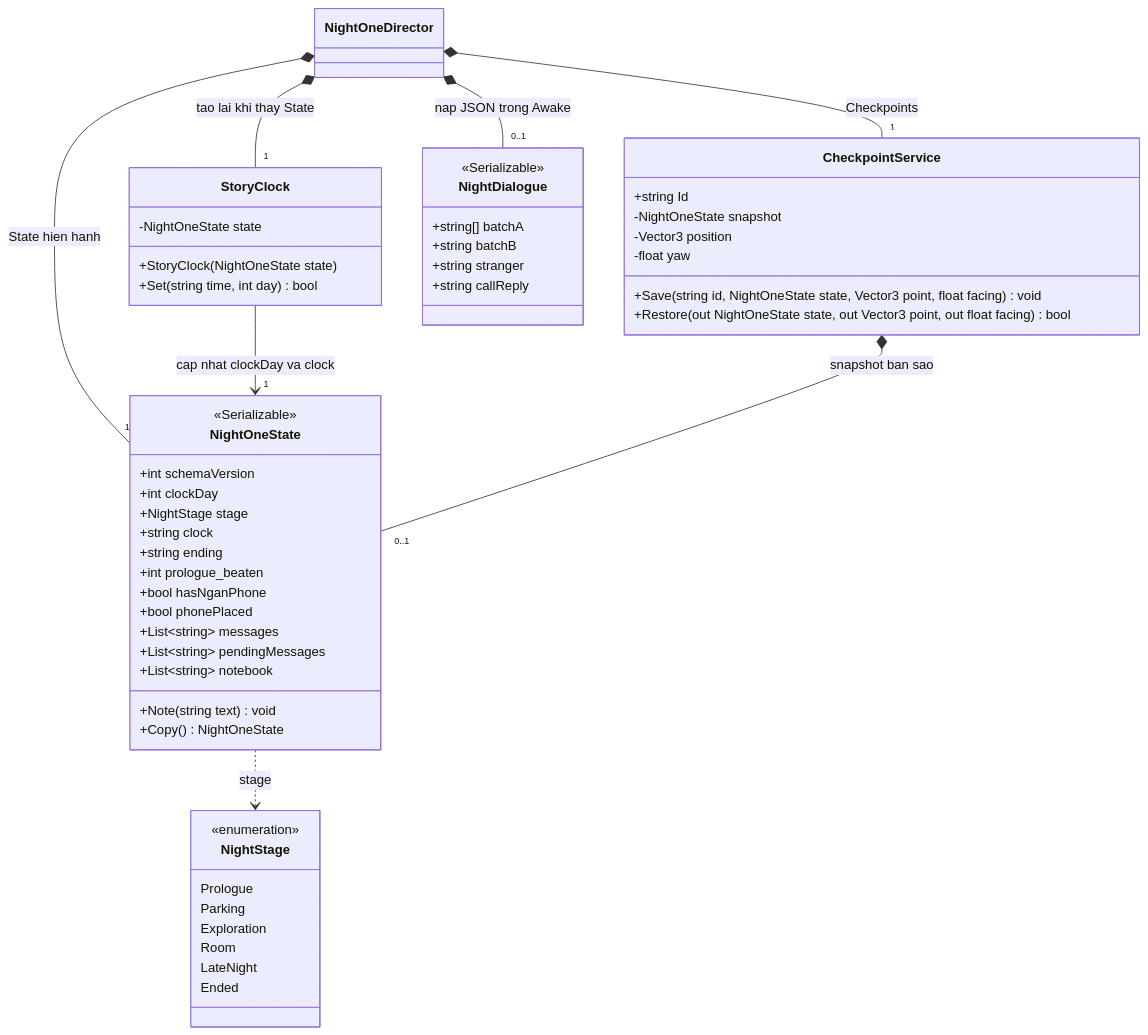
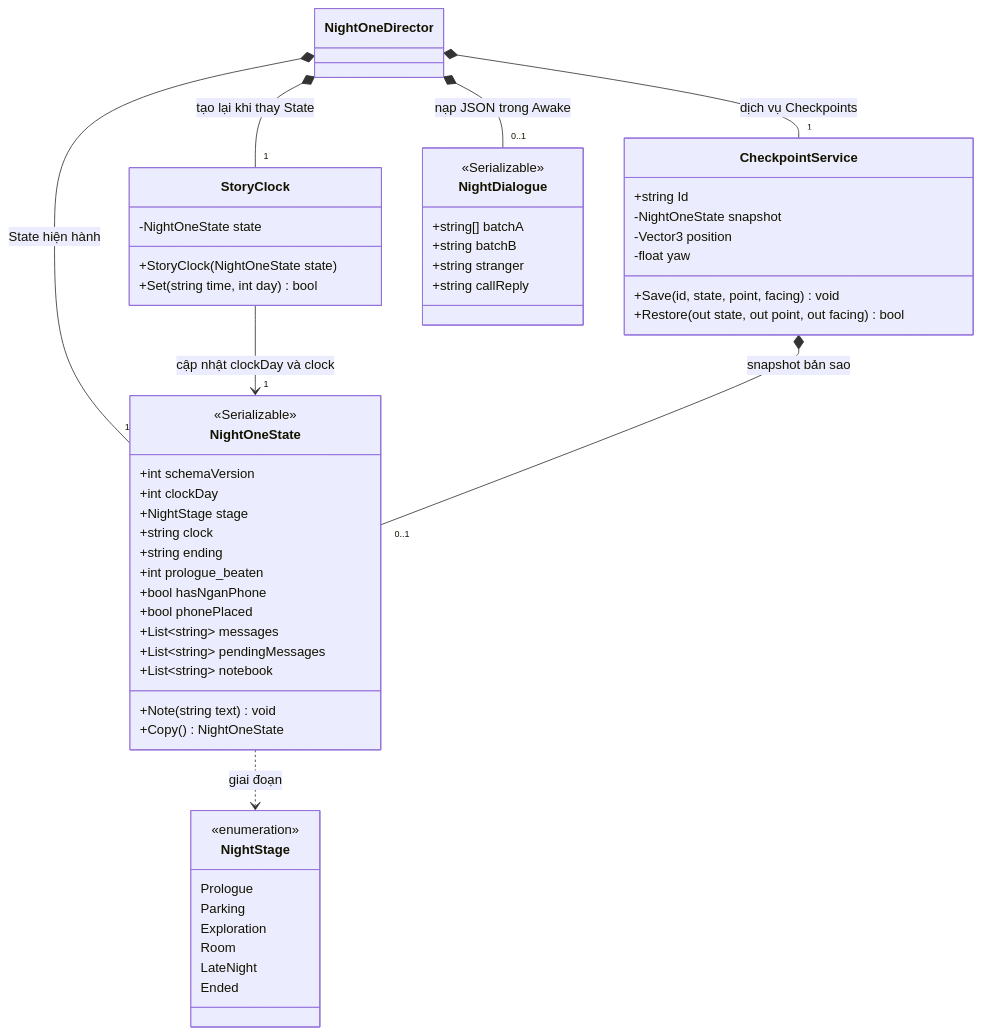
One commit to qivarnq3g/3-gio-12 changed the third of 5 diagrams in docs/thiet-ke/luoc-do-lop-game.md. Above: the diagram before and after it, drawn with Mermaid. The commit also changed other lines of this file, not shown here.

````diff
--- a/docs/thiet-ke/luoc-do-lop-game.md
+++ b/docs/thiet-ke/luoc-do-lop-game.md
@@ -181,56 +181,56 @@
 ```mermaid
 classDiagram
     direction TB
     class NightOneState {
         <<Serializable>>
         +int schemaVersion
         +int clockDay
         +NightStage stage
         +string clock
         +string ending
         +int prologue_beaten
         +bool hasNganPhone
         +bool phonePlaced
         +List~string~ messages
         +List~string~ pendingMessages
         +List~string~ notebook
         +Note(string text) void
         +Copy() NightOneState
     }
     class NightStage {
         <<enumeration>>
         Prologue
         Parking
         Exploration
         Room
         LateNight
         Ended
     }
     class StoryClock {
         -NightOneState state
         +StoryClock(NightOneState state)
         +Set(string time, int day) bool
     }
     class CheckpointService {
         +string Id
         -NightOneState snapshot
         -Vector3 position
         -float yaw
-        +Save(string id, NightOneState state, Vector3 point, float facing) void
-        +Restore(out NightOneState state, out Vector3 point, out float facing) bool
+        +Save(id, state, point, facing) void
+        +Restore(out state, out point, out facing) bool
     }
     class NightDialogue {
         <<Serializable>>
         +string[] batchA
         +string batchB
         +string stranger
         +string callReply
     }
-    NightOneDirector *-- "1" NightOneState : State hien hanh
-    NightOneDirector *-- "1" StoryClock : tao lai khi thay State
-    NightOneDirector *-- "1" CheckpointService : Checkpoints
-    NightOneDirector *-- "0..1" NightDialogue : nap JSON trong Awake
-    StoryClock --> "1" NightOneState : cap nhat clockDay va clock
-    CheckpointService *-- "0..1" NightOneState : snapshot ban sao
-    NightOneState ..> NightStage : stage
+    NightOneDirector *-- "1" NightOneState : State hiện hành
+    NightOneDirector *-- "1" StoryClock : tạo lại khi thay State
+    NightOneDirector *-- "1" CheckpointService : dịch vụ Checkpoints
+    NightOneDirector *-- "0..1" NightDialogue : nạp JSON trong Awake
+    StoryClock --> "1" NightOneState : cập nhật clockDay và clock
+    CheckpointService *-- "0..1" NightOneState : snapshot bản sao
+    NightOneState ..> NightStage : giai đoạn
 ```
````
